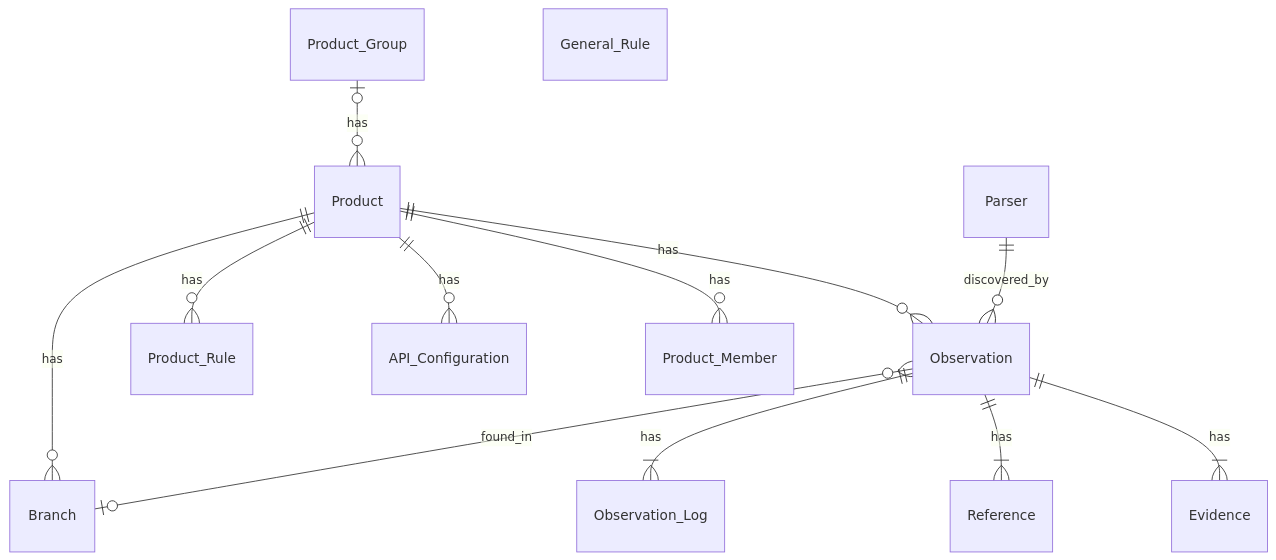
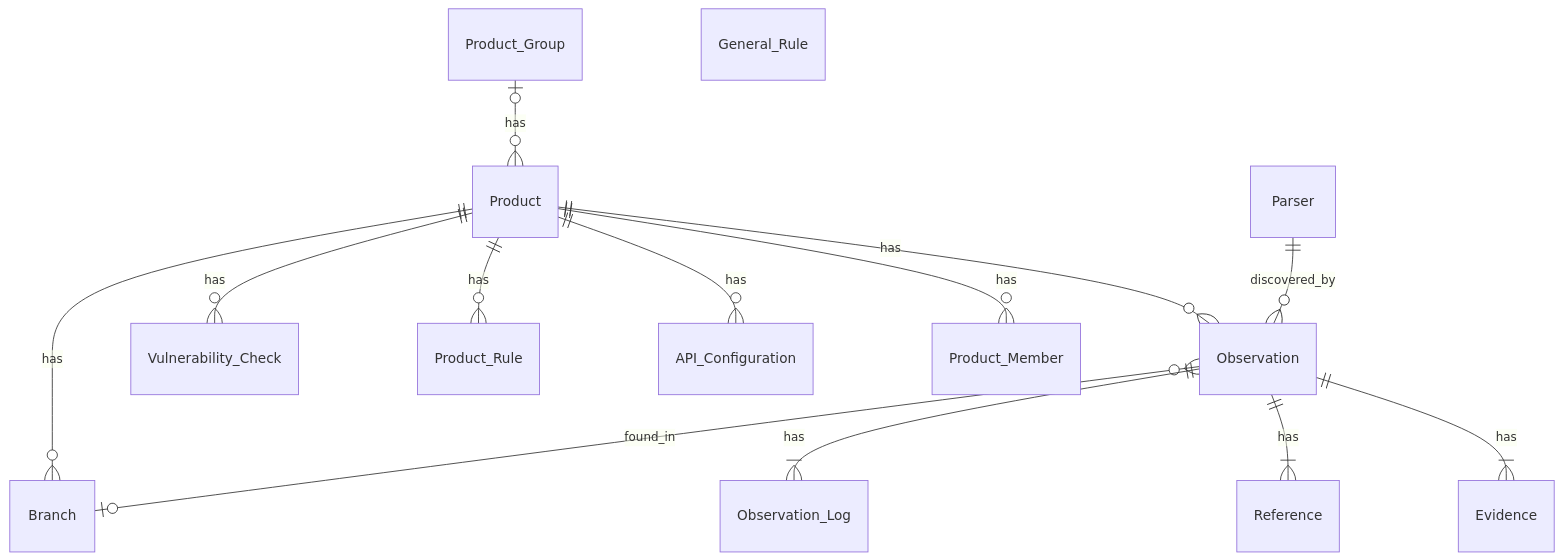
One commit to MaibornWolff/SecObserve changed the diagram in docs/getting_started/data_model.md. Above: the diagram before and after it, drawn with Mermaid. The commit also changed other lines of this file and 17 other files, not shown here.

````diff
--- a/docs/getting_started/data_model.md
+++ b/docs/getting_started/data_model.md
@@ -3,15 +3,16 @@
 ``` mermaid
 erDiagram
     Product_Group |o--o{ Product : has
     Product ||--o{ Observation : has
     Product ||--o{ Branch : has
+    Product ||--o{ Vulnerability_Check : has
     Product ||--o{ Product_Rule : has
     Product ||--o{ API_Configuration : has
     Product ||--o{ Product_Member : has
     Parser ||--o{ Observation: discovered_by
     Observation }o--o| Branch: found_in
     Observation ||--|{ Observation_Log : has
     Observation ||--|{ Reference : has
     Observation ||--|{ Evidence : has
     General_Rule
 ```
````
